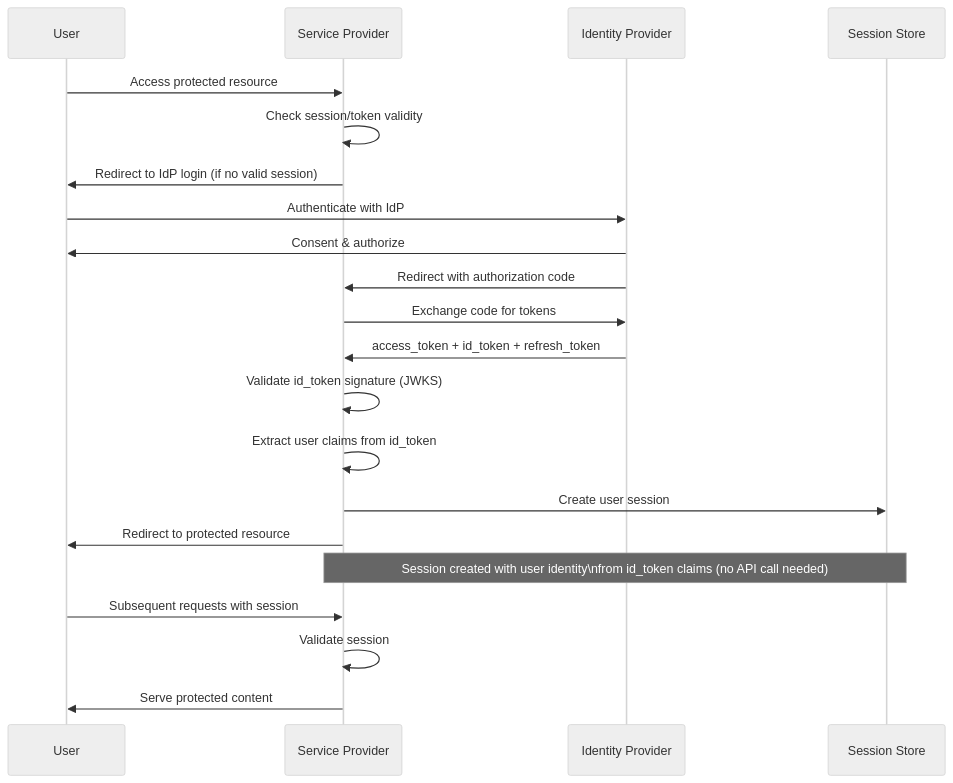
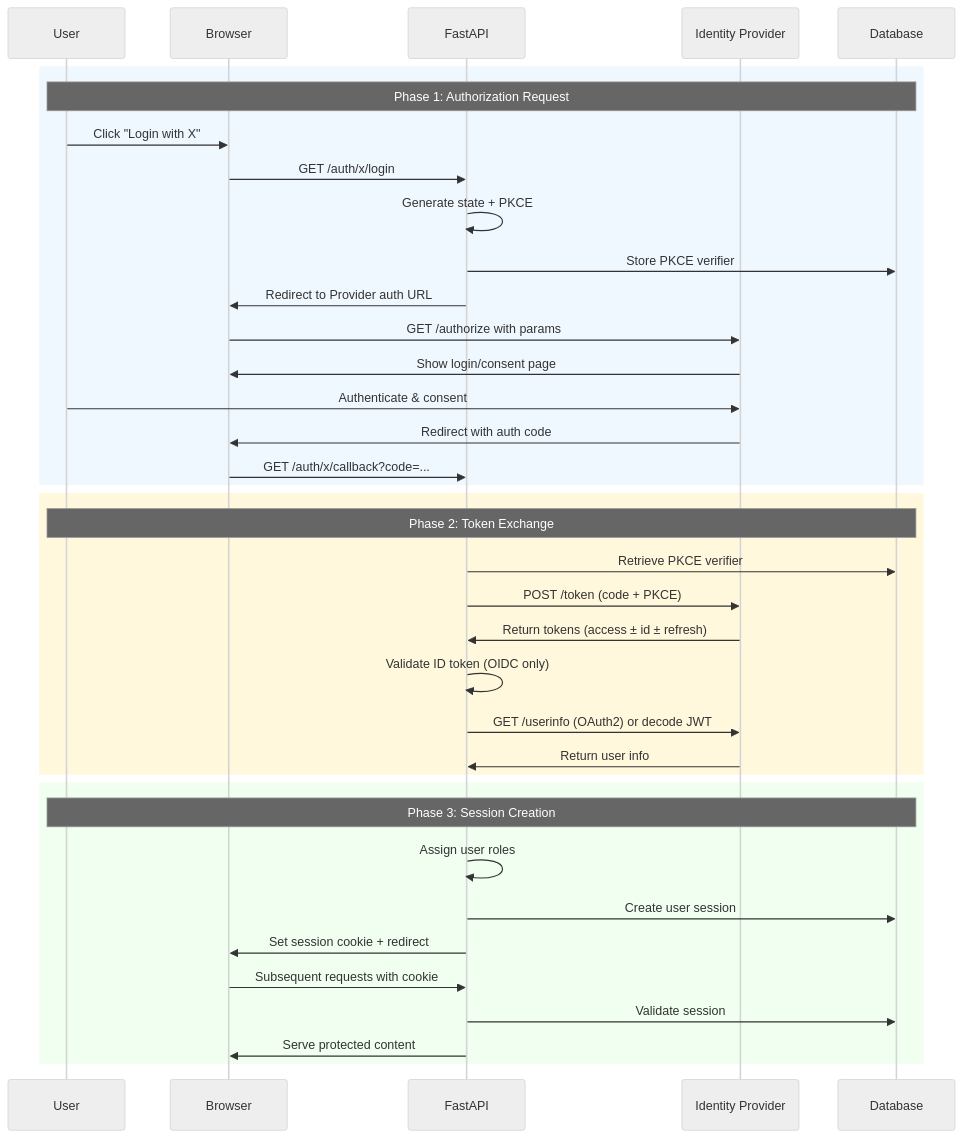
One commit to ArunN07/oidc_oauth2_implementation changed the sixth of 12 diagrams in README.md. Above: the diagram before and after it, drawn with Mermaid (neutral theme). The commit also changed other lines of this file and 12 other files, not shown here.

````diff
--- a/README.md
+++ b/README.md
@@ -849,29 +222,42 @@
 ```mermaid
 sequenceDiagram
-    participant U as User
-    participant SP as Service Provider
-    participant IdP as Identity Provider
-    participant DB as Session Store
+    participant User
+    participant Browser
+    participant FastAPI
+    participant Provider as Identity Provider
+    participant DB as Database
 
-    U->>SP: Access protected resource
-    SP->>SP: Check session/token validity
-    SP->>U: Redirect to IdP login (if no valid session)
+    rect rgb(240, 248, 255)
+        Note over User,DB: Phase 1: Authorization Request
+        User->>Browser: Click "Login with X"
+        Browser->>FastAPI: GET /auth/x/login
+        FastAPI->>FastAPI: Generate state + PKCE
+        FastAPI->>DB: Store PKCE verifier
+        FastAPI->>Browser: Redirect to Provider auth URL
+        Browser->>Provider: GET /authorize with params
+        Provider->>Browser: Show login/consent page
+        User->>Provider: Authenticate & consent
+        Provider->>Browser: Redirect with auth code
+        Browser->>FastAPI: GET /auth/x/callback?code=...
+    end
 
-    U->>IdP: Authenticate with IdP
-    IdP->>U: Consent & authorize
-    IdP->>SP: Redirect with authorization code
+    rect rgb(255, 248, 220)
+        Note over User,DB: Phase 2: Token Exchange
+        FastAPI->>DB: Retrieve PKCE verifier
+        FastAPI->>Provider: POST /token (code + PKCE)
+        Provider->>FastAPI: Return tokens (access ± id ± refresh)
+        FastAPI->>FastAPI: Validate ID token (OIDC only)
+        FastAPI->>Provider: GET /userinfo (OAuth2) or decode JWT
+        Provider->>FastAPI: Return user info
+    end
 
-    SP->>IdP: Exchange code for tokens
-    IdP->>SP: access_token + id_token + refresh_token
-
-    SP->>SP: Validate id_token signature (JWKS)
-    SP->>SP: Extract user claims from id_token
-    SP->>DB: Create user session
-    SP->>U: Redirect to protected resource
-
-    Note over SP,DB: Session created with user identity\nfrom id_token claims (no API call needed)
-
-    U->>SP: Subsequent requests with session
-    SP->>SP: Validate session
-    SP->>U: Serve protected content
+    rect rgb(240, 255, 240)
+        Note over User,DB: Phase 3: Session Creation
+        FastAPI->>FastAPI: Assign user roles
+        FastAPI->>DB: Create user session
+        FastAPI->>Browser: Set session cookie + redirect
+        Browser->>FastAPI: Subsequent requests with cookie
+        FastAPI->>DB: Validate session
+        FastAPI->>Browser: Serve protected content
+    end
 ```
````
